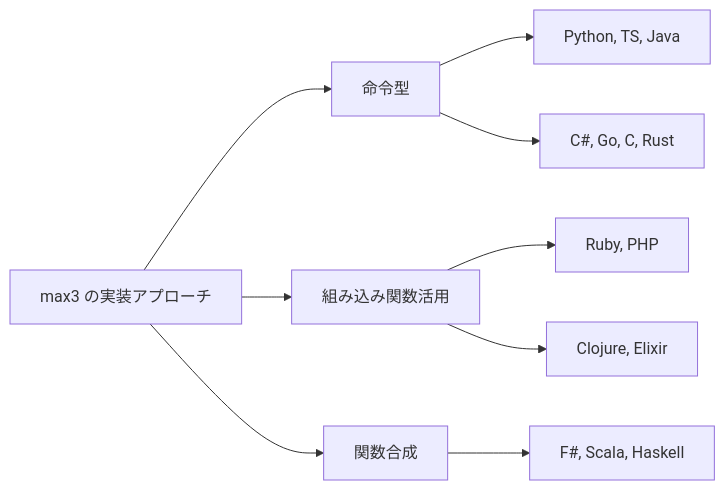
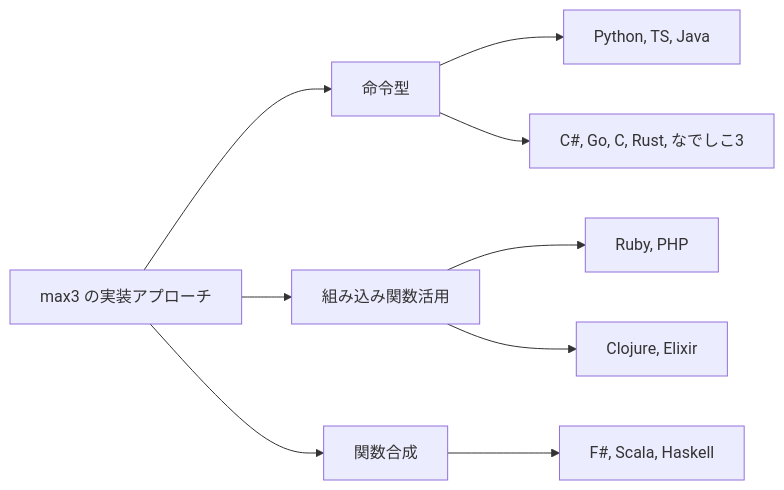
One commit to k2works/getting-started-algorithm changed the diagram in docs/article/all/02-basic-syntax-comparison.md. Above: the diagram before and after it, drawn with Mermaid. The commit also changed other lines of this file and 7 other files, not shown here.

````diff
--- a/docs/article/all/02-basic-syntax-comparison.md
+++ b/docs/article/all/02-basic-syntax-comparison.md
@@ -179,11 +199,11 @@
 ```mermaid
 graph LR
     A[max3 の実装アプローチ] --> B[命令型]
     A --> C[組み込み関数活用]
     A --> D[関数合成]
     B --> B1[Python, TS, Java]
-    B --> B2[C#, Go, C, Rust]
+    B --> B2[C#, Go, C, Rust, なでしこ3]
     C --> C1[Ruby, PHP]
     C --> C2[Clojure, Elixir]
     D --> D1[F#, Scala, Haskell]
 ```
````
